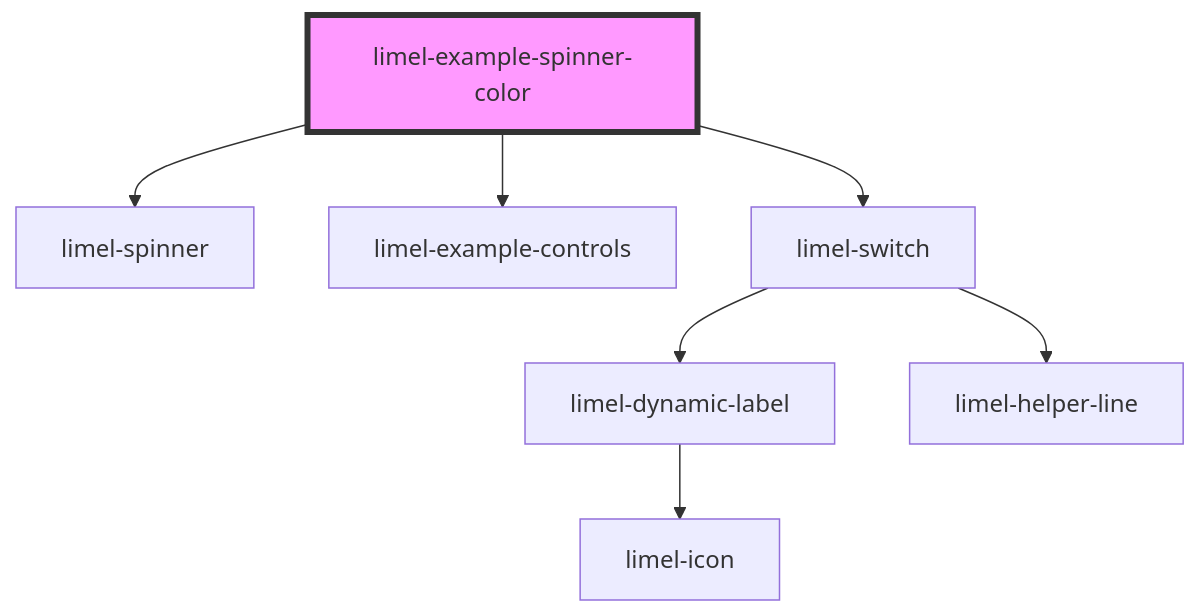
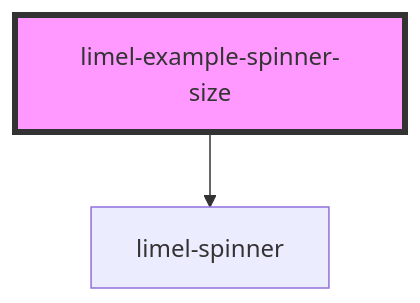
One commit to Lundalogik/lime-elements changed the diagram in versions/PR-4134/markdown-docs/components/spinner/examples/readme.md. Above: the diagram before and after it, drawn with Mermaid. The commit also changed other lines of this file and 2 other files, not shown here.

Commit message:
chore(docs): create docs PR-4134

````diff
--- a/versions/PR-4134/markdown-docs/components/spinner/examples/readme.md
+++ b/versions/PR-4134/markdown-docs/components/spinner/examples/readme.md
@@ -22,10 +16,5 @@
 ```mermaid
 graph TD;
-  limel-example-spinner-color --> limel-spinner
-  limel-example-spinner-color --> limel-example-controls
-  limel-example-spinner-color --> limel-switch
-  limel-switch --> limel-dynamic-label
-  limel-switch --> limel-helper-line
-  limel-dynamic-label --> limel-icon
-  style limel-example-spinner-color fill:#f9f,stroke:#333,stroke-width:4px
+  limel-example-spinner-size --> limel-spinner
+  style limel-example-spinner-size fill:#f9f,stroke:#333,stroke-width:4px
 ```
````
